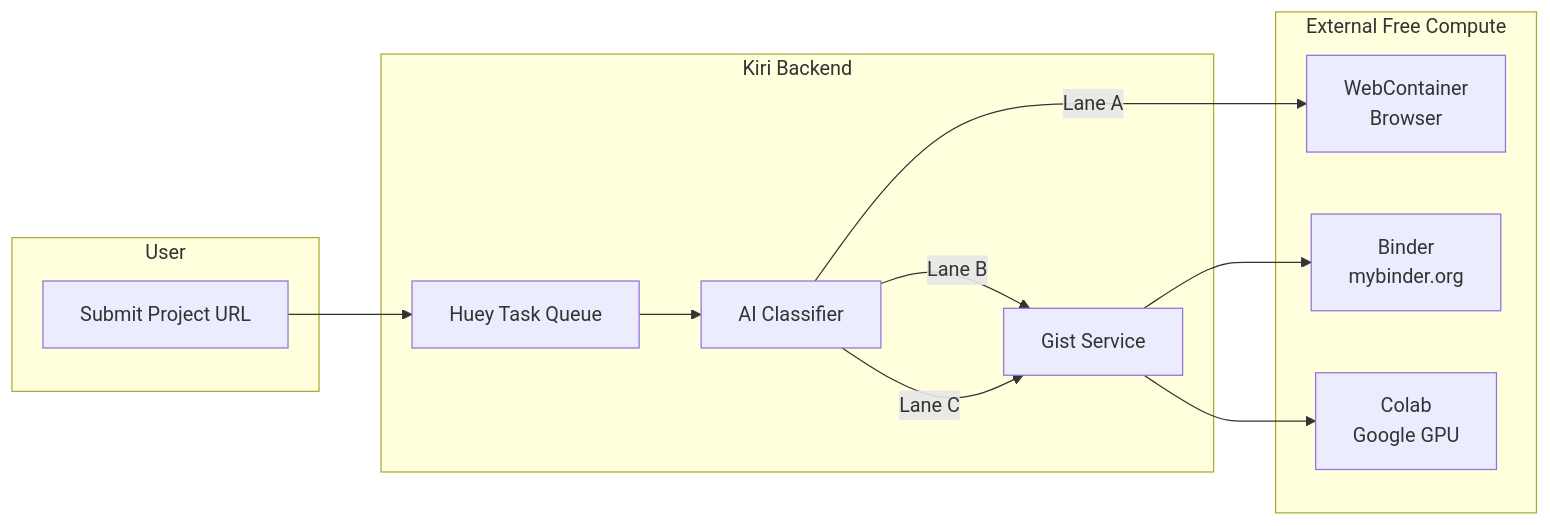
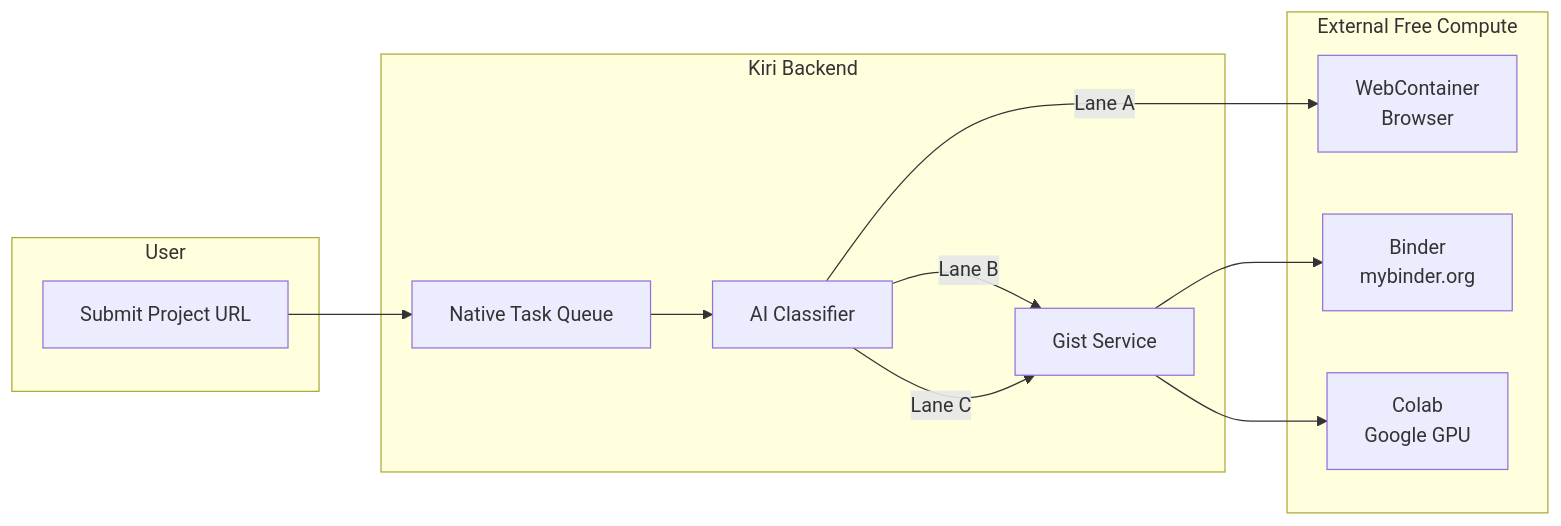
One commit to Nwokike/kiri changed the first of 2 diagrams in docs/TRAFFIC_CONTROLLER.md. Above: the diagram before and after it, drawn with Mermaid. The commit also changed 67 other files, not shown here.

````diff
--- a/docs/TRAFFIC_CONTROLLER.md
+++ b/docs/TRAFFIC_CONTROLLER.md
@@ -7,24 +7,24 @@
 ```mermaid
 flowchart LR
     subgraph User
         U[Submit Project URL]
     end
     
     subgraph Kiri Backend
-        H[Huey Task Queue]
+        NT[Native Task Queue]
         AI[AI Classifier]
         GS[Gist Service]
     end
     
     subgraph External Free Compute
         WC[WebContainer<br/>Browser]
         BD[Binder<br/>mybinder.org]
         CL[Colab<br/>Google GPU]
     end
     
-    U --> H
-    H --> AI
+    U --> NT
+    NT --> AI
     AI --> |Lane A| WC
     AI --> |Lane B| GS --> BD
     AI --> |Lane C| GS --> CL
 ```
````
